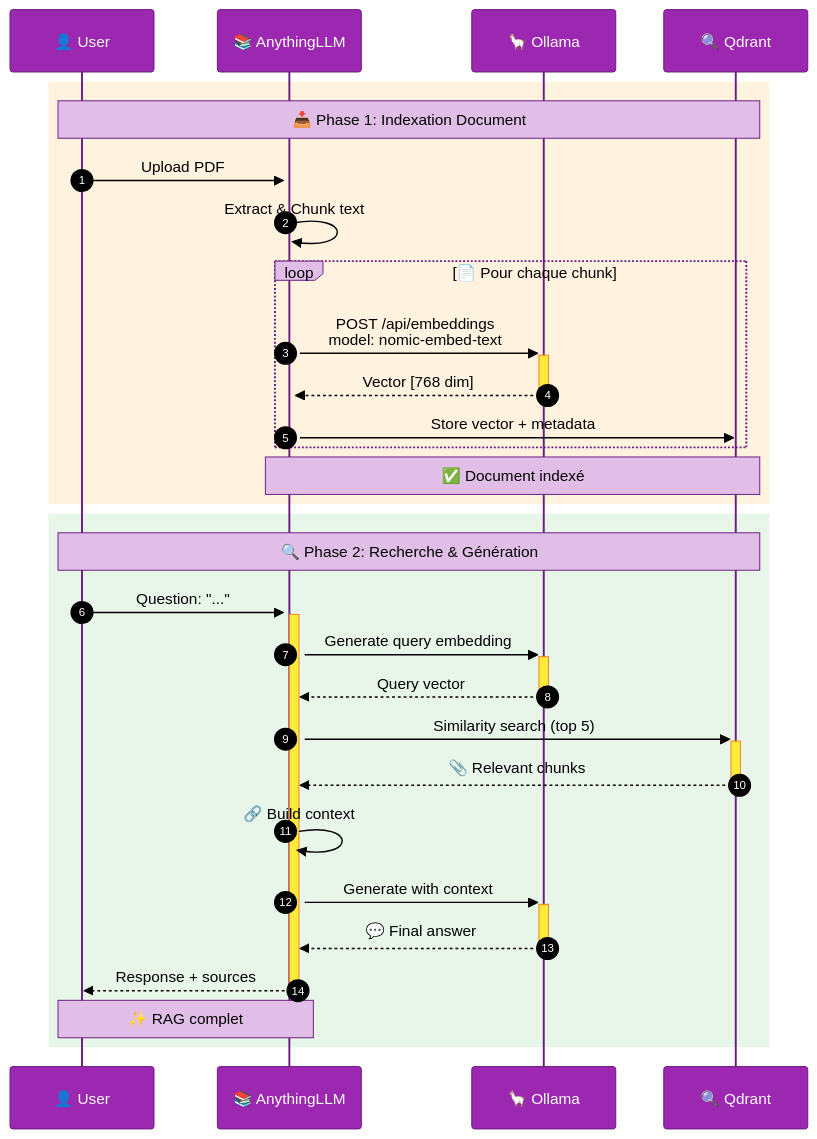
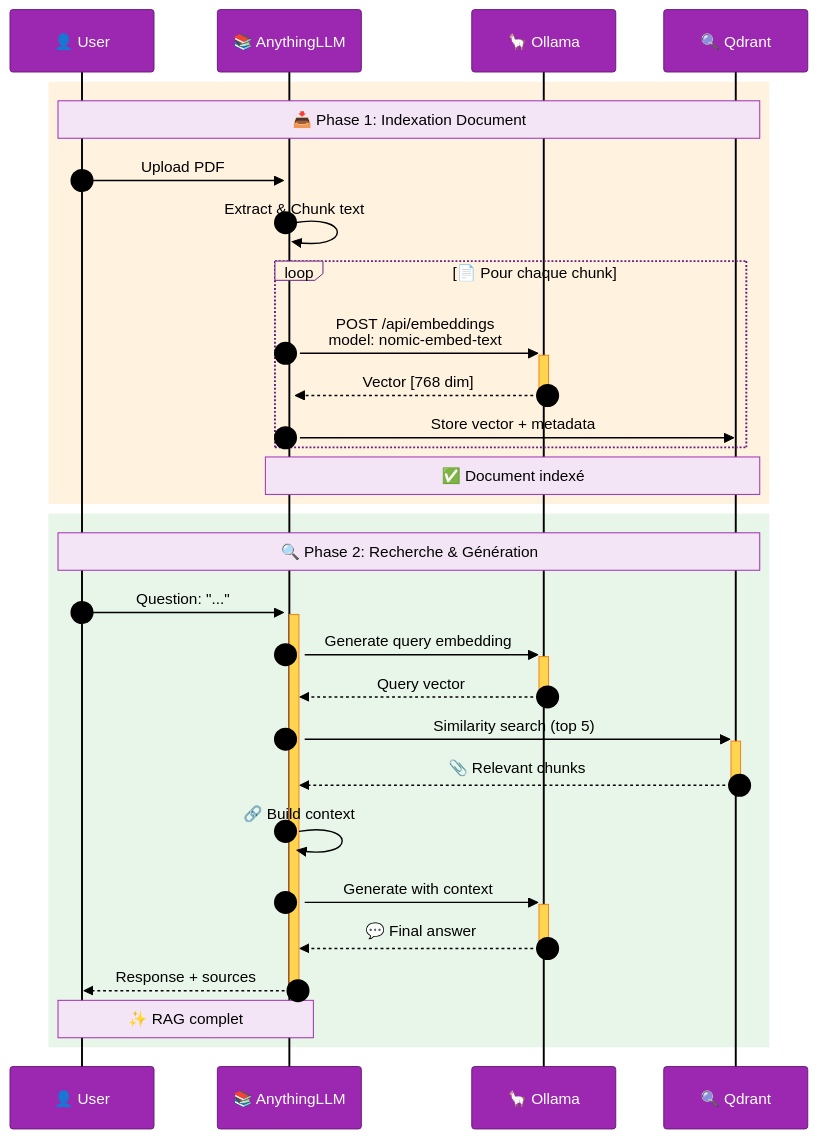
One commit to MPFabio/Stack-IA changed the eighth of 14 diagrams in docs/ARCHITECTURE.md. Above: the diagram before and after it, drawn with Mermaid. The commit also changed other lines of this file, not shown here.

````diff
--- a/docs/ARCHITECTURE.md
+++ b/docs/ARCHITECTURE.md
@@ -501,35 +501,35 @@
 ```mermaid
-%%{init: {'theme':'base', 'themeVariables': {'background':'#f3e5f5','mainBkg':'#f3e5f5','actorBkg':'#9C27B0','actorBorder':'#6a1b7f','actorTextColor':'#fff','actorLineColor':'#6a1b7f','noteBkgColor':'#e1bee7','noteTextColor':'#000','noteBorderColor':'#6a1b7f','signalColor':'#000','signalTextColor':'#000','labelBoxBkgColor':'#e1bee7','labelTextColor':'#000','loopTextColor':'#000','activationBkgColor':'#ffeb3b','activationBorderColor':'#f57f17','sequenceNumberColor':'#fff'}}}%%
+%%{init: {'theme':'base', 'themeVariables': {'background':'#ffffff','mainBkg':'#ffffff','actorBkg':'#9C27B0','actorBorder':'#6a1b7f','actorTextColor':'#fff','actorLineColor':'#000','noteBkgColor':'#f3e5f5','noteTextColor':'#000','noteBorderColor':'#9C27B0','signalColor':'#000','signalTextColor':'#000','labelBoxBkgColor':'#fff3e0','labelTextColor':'#000','loopTextColor':'#000','activationBkgColor':'#ffd54f','activationBorderColor':'#f57f17','sequenceNumberColor':'#000'}}}%%
 sequenceDiagram
     autonumber
     participant U as 👤 User
     participant A as 📚 AnythingLLM
     participant O as 🦙 Ollama
     participant Q as 🔍 Qdrant
     
     rect rgb(255, 243, 224)
         Note over U,Q: 📥 Phase 1: Indexation Document
         U->>+A: Upload PDF
         A->>A: Extract & Chunk text
         loop 📄 Pour chaque chunk
             A->>+O: POST /api/embeddings<br/>model: nomic-embed-text
             O-->>-A: Vector [768 dim]
             A->>Q: Store vector + metadata
         end
         Note over A,Q: ✅ Document indexé
     end
     
     rect rgb(232, 245, 233)
         Note over U,Q: 🔍 Phase 2: Recherche & Génération
         U->>+A: Question: "..."
         A->>+O: Generate query embedding
         O-->>-A: Query vector
         A->>+Q: Similarity search (top 5)
         Q-->>-A: 📎 Relevant chunks
         A->>A: 🔗 Build context
         A->>+O: Generate with context
         O-->>-A: 💬 Final answer
         A-->>-U: Response + sources
         Note over U,A: ✨ RAG complet
     end
 ```
````
